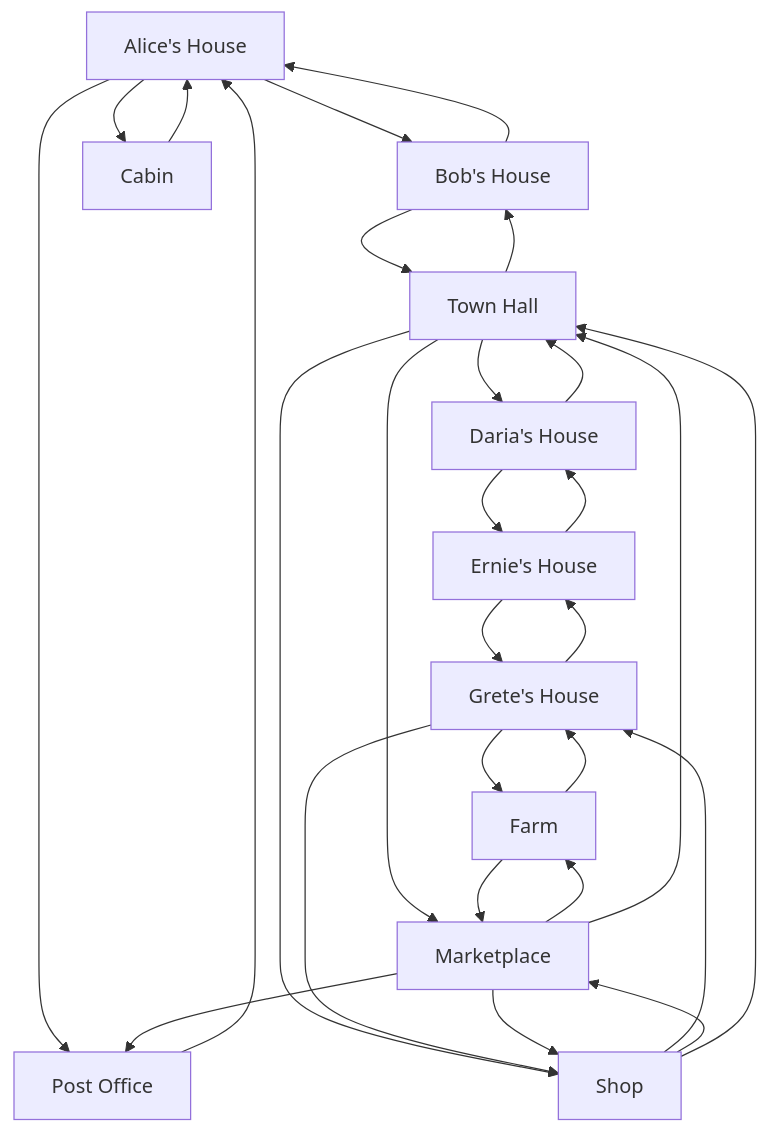
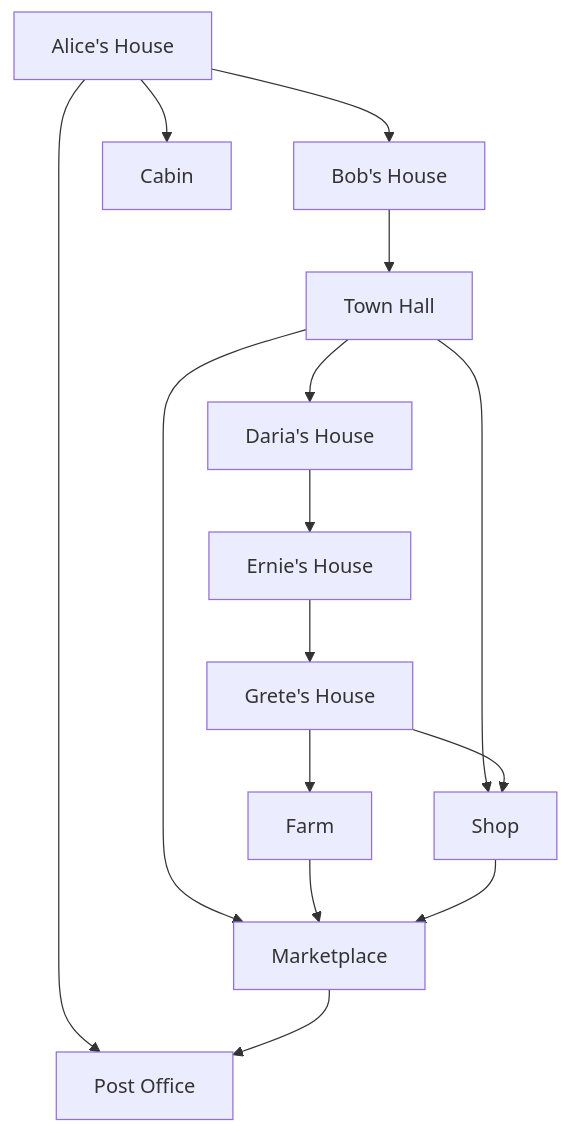
The diagram in README.md (EmmanuelOkorieC/amazon-clone-using-react), drawn with Mermaid before and after one commit.

````diff
--- a/README.md
+++ b/README.md
@@ -10,30 +10,17 @@
 ```mermaid
 graph TD;
    A[Alice's House]-->B[Bob's House];
    A-->C[Cabin];
    A-->P[Post Office];
-   B-->A;
    B-->T[Town Hall];
-   C-->A;
-   P-->A;
-   T-->B;
    T-->D[Daria's House];
    T-->M[Marketplace];
    T-->S[Shop];
    D-->E[Ernie's House];
-   D-->T;
-   E-->D;
    E-->G[Grete's House];
-   G-->E;
    G-->F[Farm];
    G-->S;
-   F-->G;
    F-->M;
-   S-->G;
    S-->M;
-   S-->T;
-   M-->F;
    M-->P;
-   M-->S;
-   M-->T;
 ```
````
